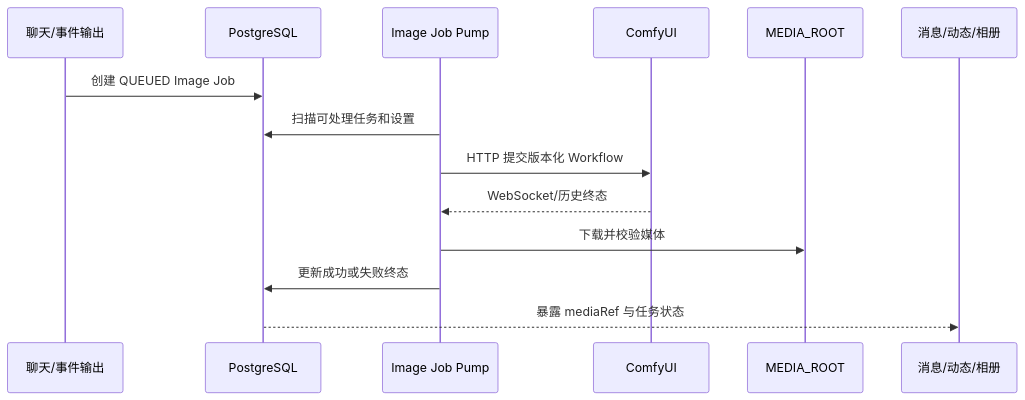
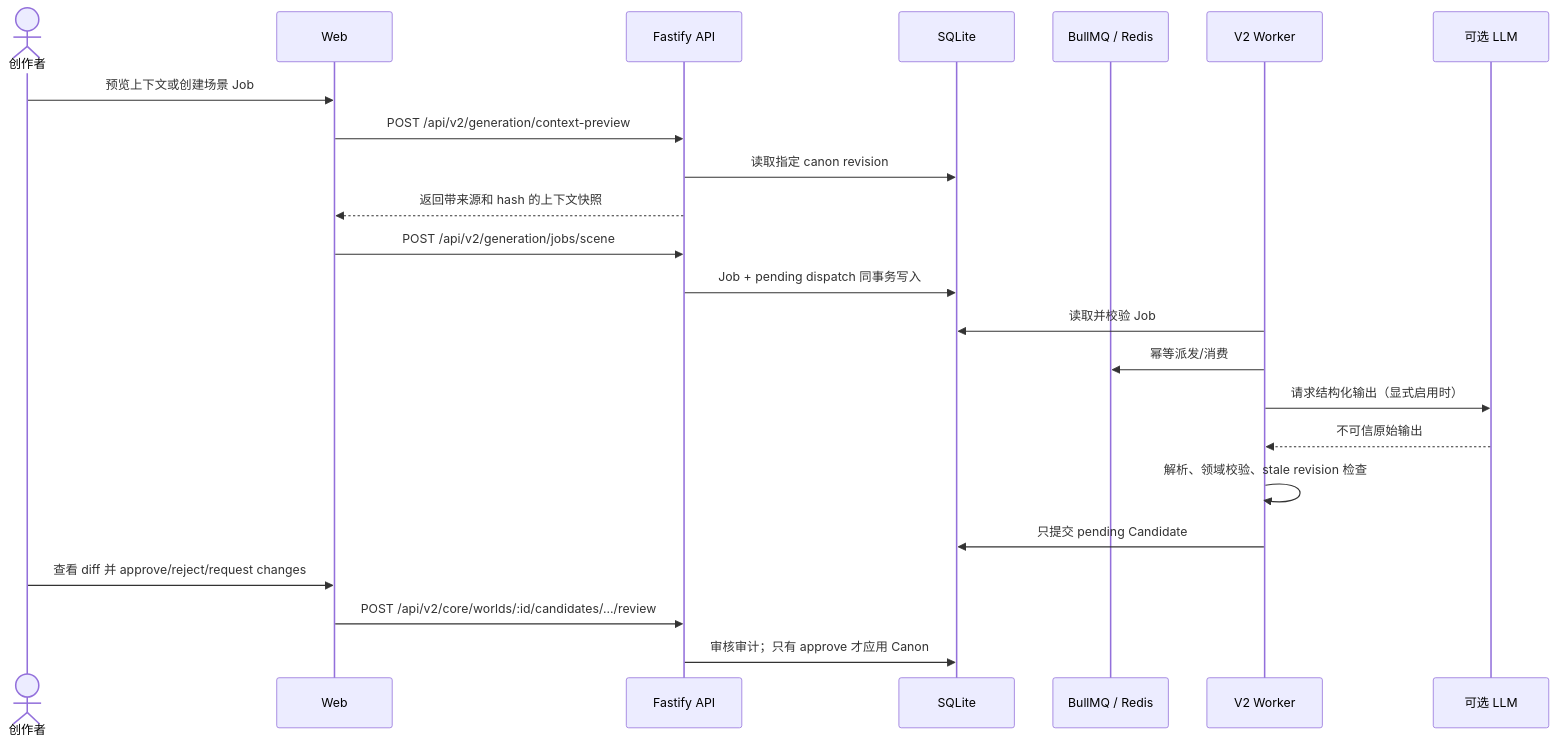
Before and after one commit to lark-x/GameStart: the second of 4 diagrams in docs/user-flows.md, drawn with Mermaid. The commit also changed other lines of this file and 122 other files, not shown here.

````diff
--- a/docs/user-flows.md
+++ b/docs/user-flows.md
@@ -60,17 +32,26 @@
 ```mermaid
 sequenceDiagram
-    participant Source as 聊天/事件输出
-    participant DB as PostgreSQL
-    participant Worker as Image Job Pump
-    participant ComfyUI as ComfyUI
-    participant Store as MEDIA_ROOT
-    participant Target as 消息/动态/相册
+    actor Creator as 创作者
+    participant Web as Web
+    participant API as Fastify API
+    participant SQLite as SQLite
+    participant Redis as BullMQ / Redis
+    participant Worker as V2 Worker
+    participant AI as 可选 LLM
 
-    Source->>DB: 创建 QUEUED Image Job
-    Worker->>DB: 扫描可处理任务和设置
-    Worker->>ComfyUI: HTTP 提交版本化 Workflow
-    ComfyUI-->>Worker: WebSocket/历史终态
-    Worker->>Store: 下载并校验媒体
-    Worker->>DB: 更新成功或失败终态
-    DB-->>Target: 暴露 mediaRef 与任务状态
+    Creator->>Web: 预览上下文或创建场景 Job
+    Web->>API: POST /api/v2/generation/context-preview
+    API->>SQLite: 读取指定 canon revision
+    API-->>Web: 返回带来源和 hash 的上下文快照
+    Web->>API: POST /api/v2/generation/jobs/scene
+    API->>SQLite: Job + pending dispatch 同事务写入
+    Worker->>SQLite: 读取并校验 Job
+    Worker->>Redis: 幂等派发/消费
+    Worker->>AI: 请求结构化输出（显式启用时）
+    AI-->>Worker: 不可信原始输出
+    Worker->>Worker: 解析、领域校验、stale revision 检查
+    Worker->>SQLite: 只提交 pending Candidate
+    Creator->>Web: 查看 diff 并 approve/reject/request changes
+    Web->>API: POST /api/v2/core/worlds/:id/candidates/.../review
+    API->>SQLite: 审核审计；只有 approve 才应用 Canon
 ```
````
